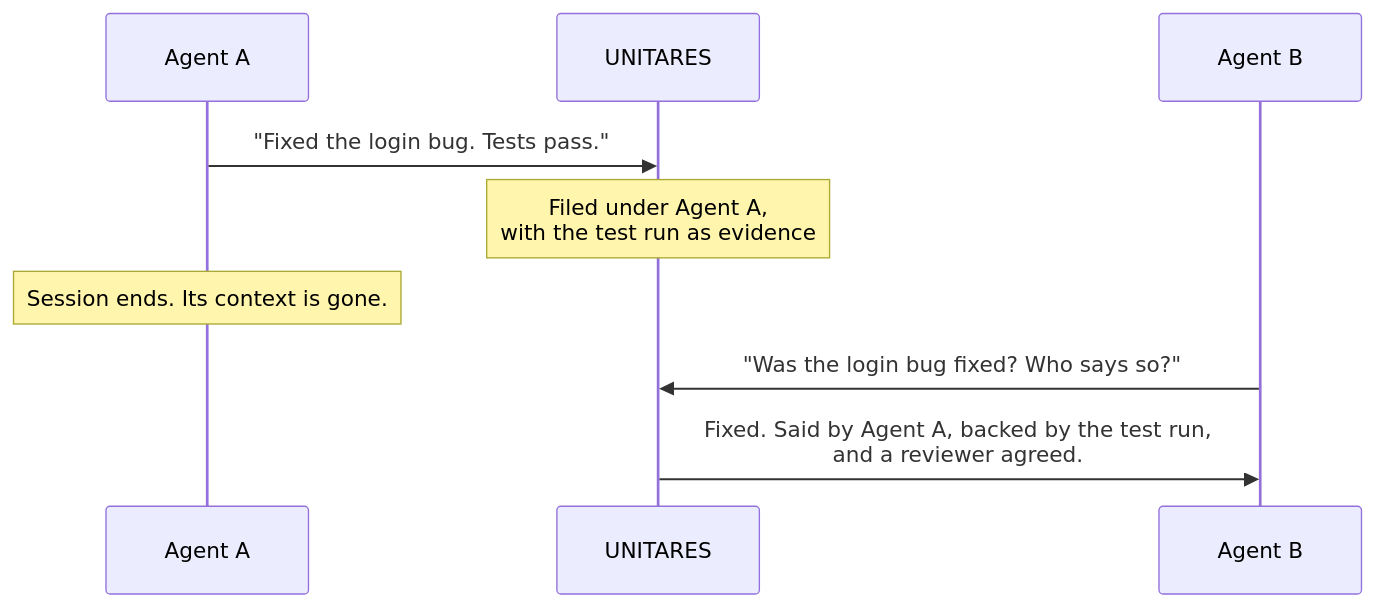
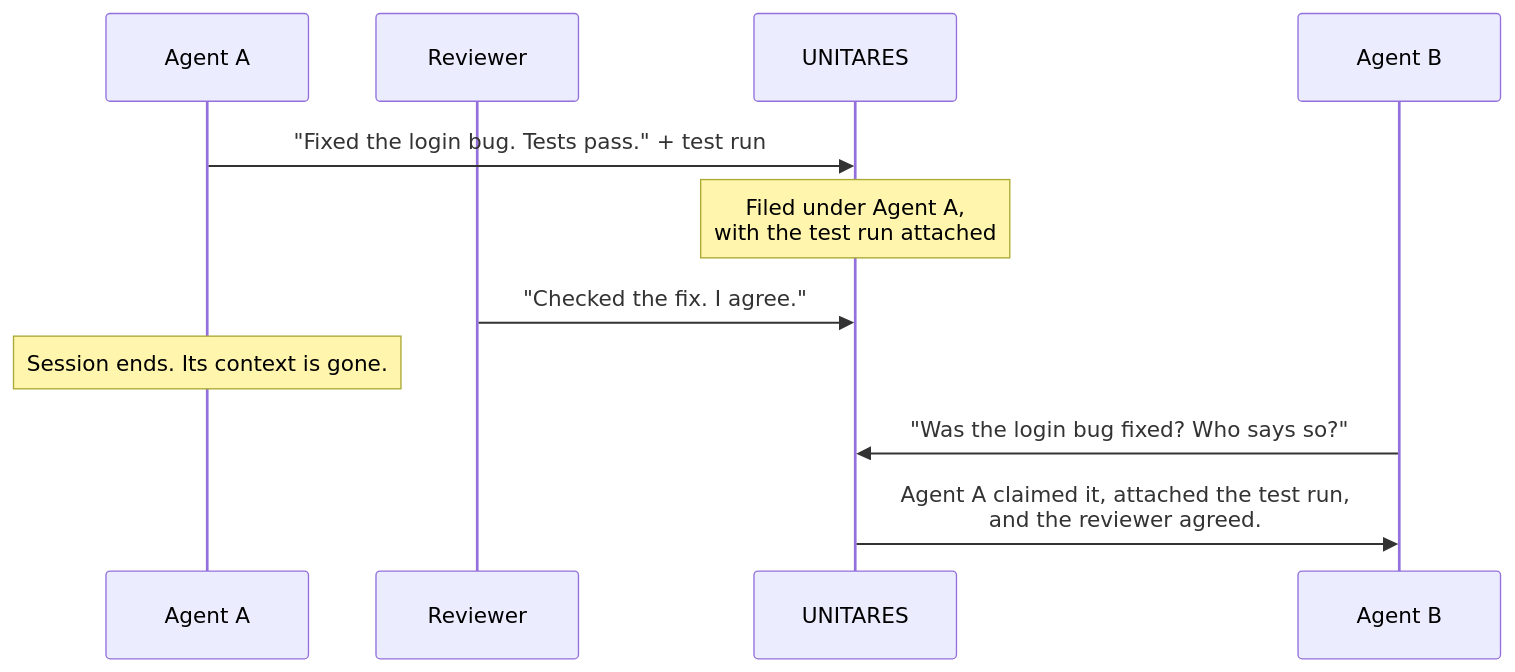
The diagram in README.md (cirwel/unitares), drawn with Mermaid before and after one commit. The commit also changed other lines of this file, not shown here.

Commit message:
docs(readme): show the reviewer in the diagram; layers begin with start_session
The record returns what was claimed, attached, and reviewed; it does not
declare the fix itself, and the review comes from a reviewer who takes part.
The Challenge and Steer layers need the identity start_session provides, so
the table now says the layers build in order.

````diff
--- a/README.md
+++ b/README.md
@@ -28,11 +29,13 @@
 ```mermaid
 sequenceDiagram
     participant A as Agent A
+    participant R as Reviewer
     participant U as UNITARES
     participant B as Agent B
-    A->>U: "Fixed the login bug. Tests pass."
-    Note over U: Filed under Agent A,<br/>with the test run as evidence
+    A->>U: "Fixed the login bug. Tests pass." + test run
+    Note over U: Filed under Agent A,<br/>with the test run attached
+    R->>U: "Checked the fix. I agree."
     Note over A: Session ends. Its context is gone.
     B->>U: "Was the login bug fixed? Who says so?"
-    U->>B: Fixed. Said by Agent A, backed by the test run,<br/>and a reviewer agreed.
+    U->>B: Agent A claimed it, attached the test run,<br/>and the reviewer agreed.
 ```
````
